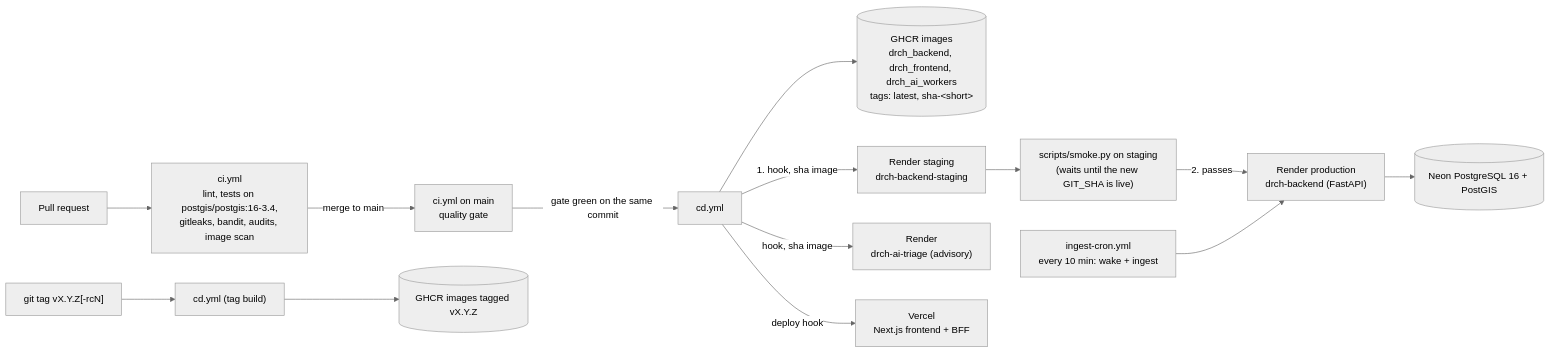
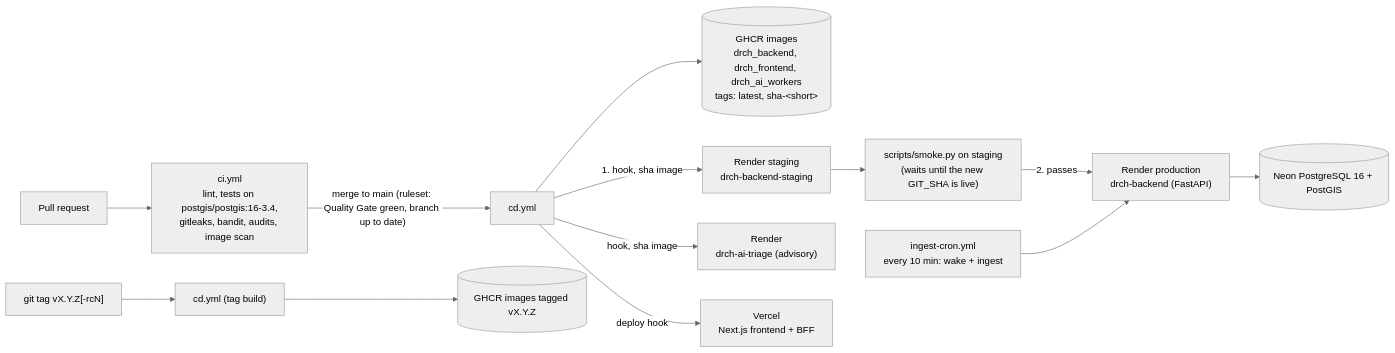
The second of 2 diagrams in docs/ARCHITECTURE.md (Siddhcreator-1706/IT314_Software_Project), drawn with Mermaid (neutral theme) before and after one commit. The commit also changed other lines of this file and 3 other files, not shown here.

````diff
--- a/docs/ARCHITECTURE.md
+++ b/docs/ARCHITECTURE.md
@@ -333,15 +333,14 @@
 ```mermaid
 flowchart LR
     Dev["Pull request"] --> CI["ci.yml<br/>lint, tests on postgis/postgis:16-3.4,<br/>gitleaks, bandit, audits, image scan"]
-    CI -->|merge to main| CIMain["ci.yml on main<br/>quality gate"]
-    CIMain -->|gate green on the same commit| CD["cd.yml"]
+    CI -->|"merge to main (ruleset: Quality Gate green, branch up to date)"| CD["cd.yml"]
     CD --> GHCR[("GHCR images<br/>drch_backend, drch_frontend, drch_ai_workers<br/>tags: latest, sha-&lt;short&gt;")]
     CD -->|1. hook, sha image| Staging["Render staging<br/>drch-backend-staging"]
     Staging --> Smoke["scripts/smoke.py on staging<br/>(waits until the new GIT_SHA is live)"]
     Smoke -->|2. passes| Render["Render production<br/>drch-backend (FastAPI)"]
     CD -->|hook, sha image| AI["Render<br/>drch-ai-triage (advisory)"]
     CD -->|deploy hook| Vercel["Vercel<br/>Next.js frontend + BFF"]
     Render --> Neon[("Neon PostgreSQL 16 + PostGIS")]
     Cron["ingest-cron.yml<br/>every 10 min: wake + ingest"] --> Render
     Tag["git tag vX.Y.Z[-rcN]"] --> CDTag["cd.yml (tag build)"] --> GHCRv[("GHCR images tagged vX.Y.Z")]
 ```
````
